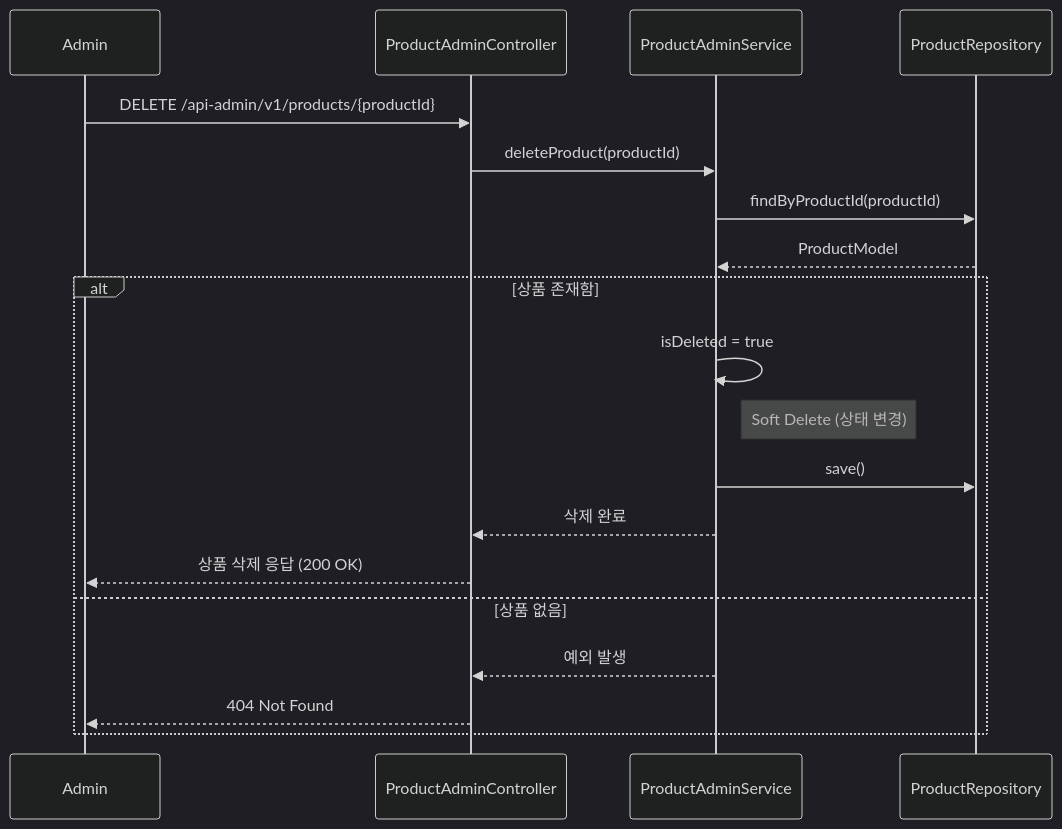
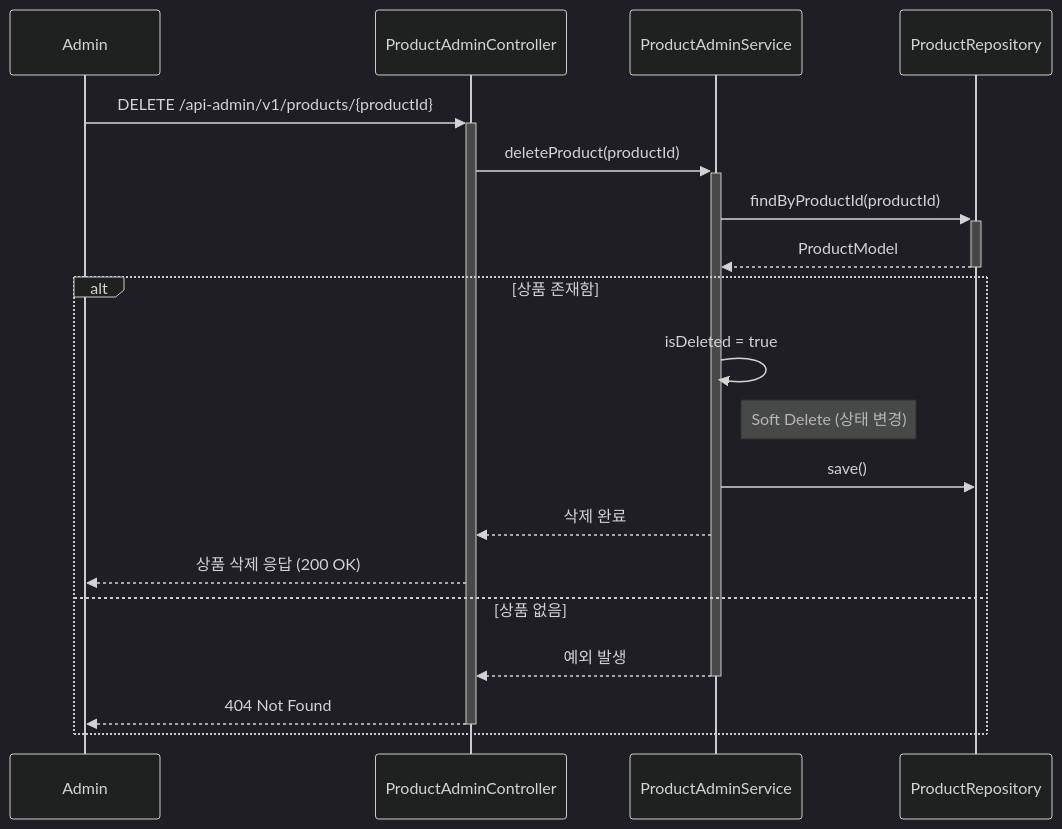
Diagram 13 of 21 in .docs/design/02-sequence-diagrams.md (Loopers-dev-lab/loop-pack-be-l2-vol3-kotlin), drawn with Mermaid (dark theme) before and after one commit. The commit also changed other lines of this file, not shown here.

Commit message:
docs: 시퀀스 다이어그램 activation bar 추가

````diff
--- a/.docs/design/02-sequence-diagrams.md
+++ b/.docs/design/02-sequence-diagrams.md
@@ -381,22 +381,22 @@
 ```mermaid
 sequenceDiagram
     participant Admin
     participant ProductAdminController
     participant ProductAdminService
     participant ProductRepository
 
-    Admin ->> ProductAdminController: DELETE /api-admin/v1/products/{productId}
-    ProductAdminController ->> ProductAdminService: deleteProduct(productId)
-    ProductAdminService ->> ProductRepository: findByProductId(productId)
-    ProductRepository -->> ProductAdminService: ProductModel
+    Admin ->>+ ProductAdminController: DELETE /api-admin/v1/products/{productId}
+    ProductAdminController ->>+ ProductAdminService: deleteProduct(productId)
+    ProductAdminService ->>+ ProductRepository: findByProductId(productId)
+    ProductRepository -->>- ProductAdminService: ProductModel
     alt 상품 존재함
         ProductAdminService ->> ProductAdminService: isDeleted = true
         Note right of ProductAdminService: Soft Delete (상태 변경)
         ProductAdminService ->> ProductRepository: save()
         ProductAdminService -->> ProductAdminController: 삭제 완료
         ProductAdminController -->> Admin: 상품 삭제 응답 (200 OK)
     else 상품 없음
-        ProductAdminService -->> ProductAdminController: 예외 발생
-        ProductAdminController -->> Admin: 404 Not Found
+        ProductAdminService -->>- ProductAdminController: 예외 발생
+        ProductAdminController -->>- Admin: 404 Not Found
     end
 ```
````
